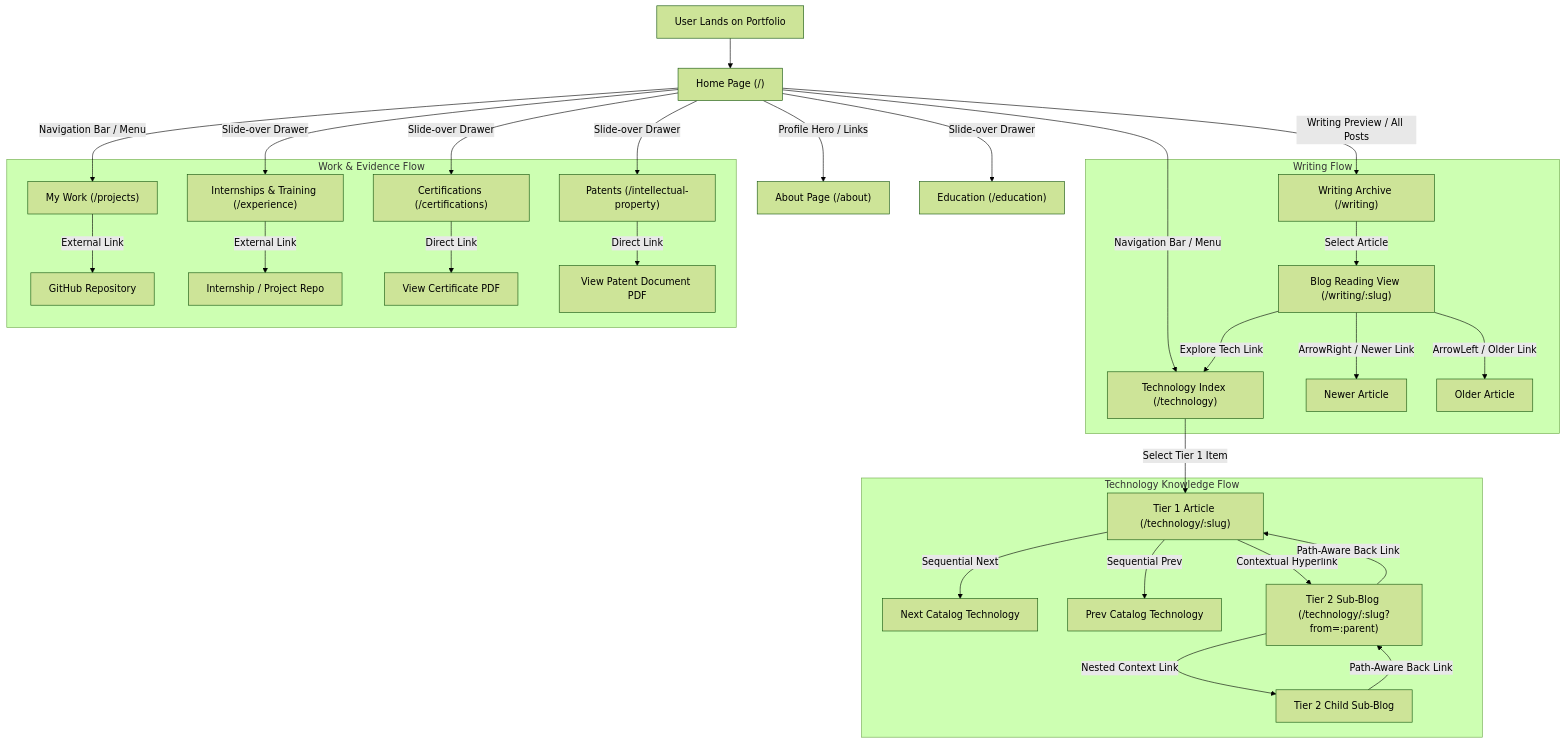
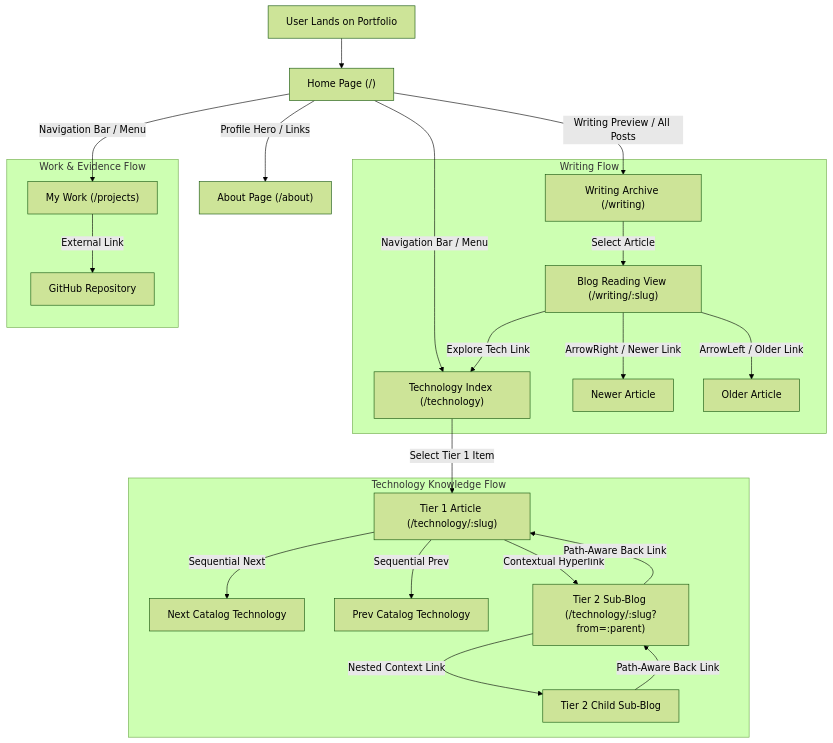
Before and after one commit to vaibhv19/Portfolio-BLog: the second of 2 diagrams in README.md, drawn with Mermaid (forest theme). The commit also changed other lines of this file and 22 other files, not shown here.

````diff
--- a/README.md
+++ b/README.md
@@ -171,37 +161,30 @@
 ```mermaid
 flowchart TD
     Start["User Lands on Portfolio"] --> Home["Home Page (/)"]
 
     Home -->|"Profile Hero / Links"| About["About Page (/about)"]
     Home -->|"Writing Preview / All Posts"| WritingArchive["Writing Archive (/writing)"]
     Home -->|"Navigation Bar / Menu"| Projects["My Work (/projects)"]
     Home -->|"Navigation Bar / Menu"| Technology["Technology Index (/technology)"]
-    Home -->|"Slide-over Drawer"| Experience["Internships & Training (/experience)"]
-    Home -->|"Slide-over Drawer"| Education["Education (/education)"]
-    Home -->|"Slide-over Drawer"| Certifications["Certifications (/certifications)"]
-    Home -->|"Slide-over Drawer"| Patent["Patents (/intellectual-property)"]
 
     subgraph WritingFlow["Writing Flow"]
         WritingArchive -->|"Select Article"| WritingPost["Blog Reading View (/writing/:slug)"]
         WritingPost -->|"ArrowRight / Newer Link"| NewerPost["Newer Article"]
         WritingPost -->|"ArrowLeft / Older Link"| OlderPost["Older Article"]
         WritingPost -->|"Explore Tech Link"| Technology
     end
 
     subgraph TechFlow["Technology Knowledge Flow"]
         Technology -->|"Select Tier 1 Item"| Tier1Post["Tier 1 Article (/technology/:slug)"]
         Tier1Post -->|"Sequential Next"| NextCatalogTech["Next Catalog Technology"]
         Tier1Post -->|"Sequential Prev"| PrevCatalogTech["Prev Catalog Technology"]
         Tier1Post -->|"Contextual Hyperlink"| Tier2Post["Tier 2 Sub-Blog (/technology/:slug?from=:parent)"]
         Tier2Post -->|"Path-Aware Back Link"| Tier1Post
         Tier2Post -->|"Nested Context Link"| Tier2Child["Tier 2 Child Sub-Blog"]
         Tier2Child -->|"Path-Aware Back Link"| Tier2Post
     end
 
     subgraph WorkEvidence["Work & Evidence Flow"]
         Projects -->|"External Link"| GitHubRepo["GitHub Repository"]
-        Experience -->|"External Link"| FrameworkRepo["Internship / Project Repo"]
-        Certifications -->|"Direct Link"| CertViewer["View Certificate PDF"]
-        Patent -->|"Direct Link"| PatentViewer["View Patent Document PDF"]
     end
 ```
````
